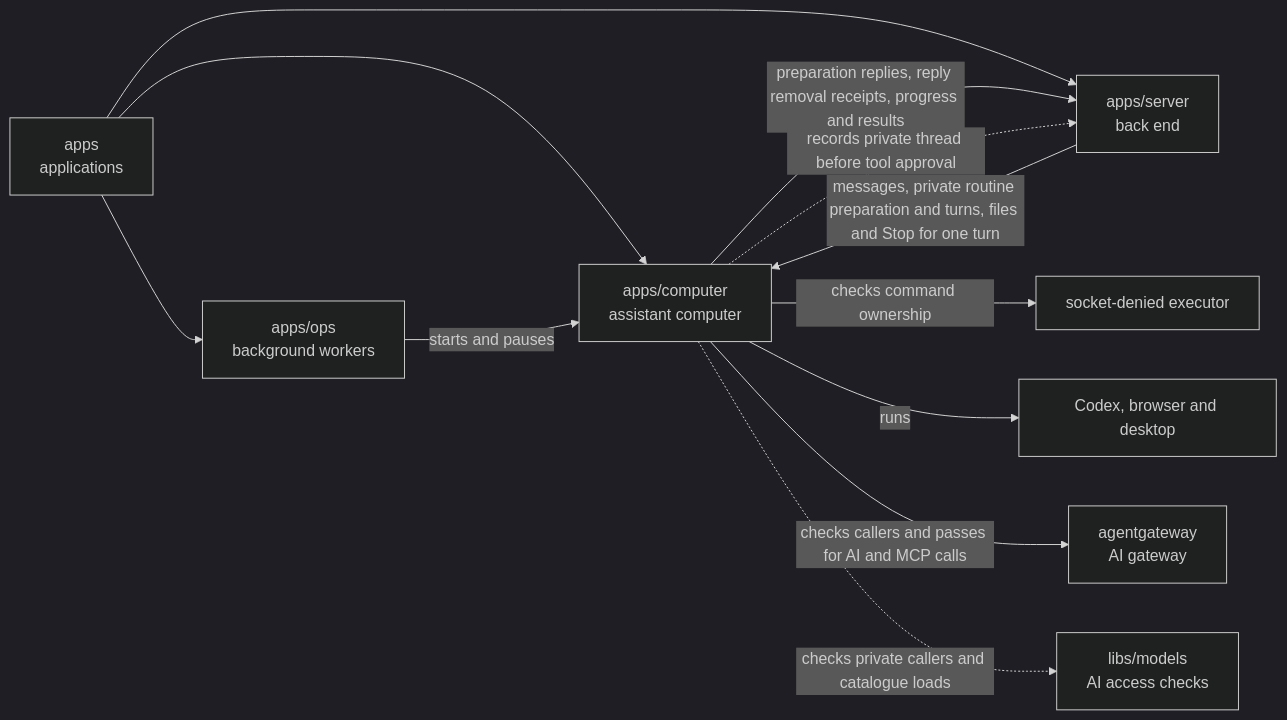
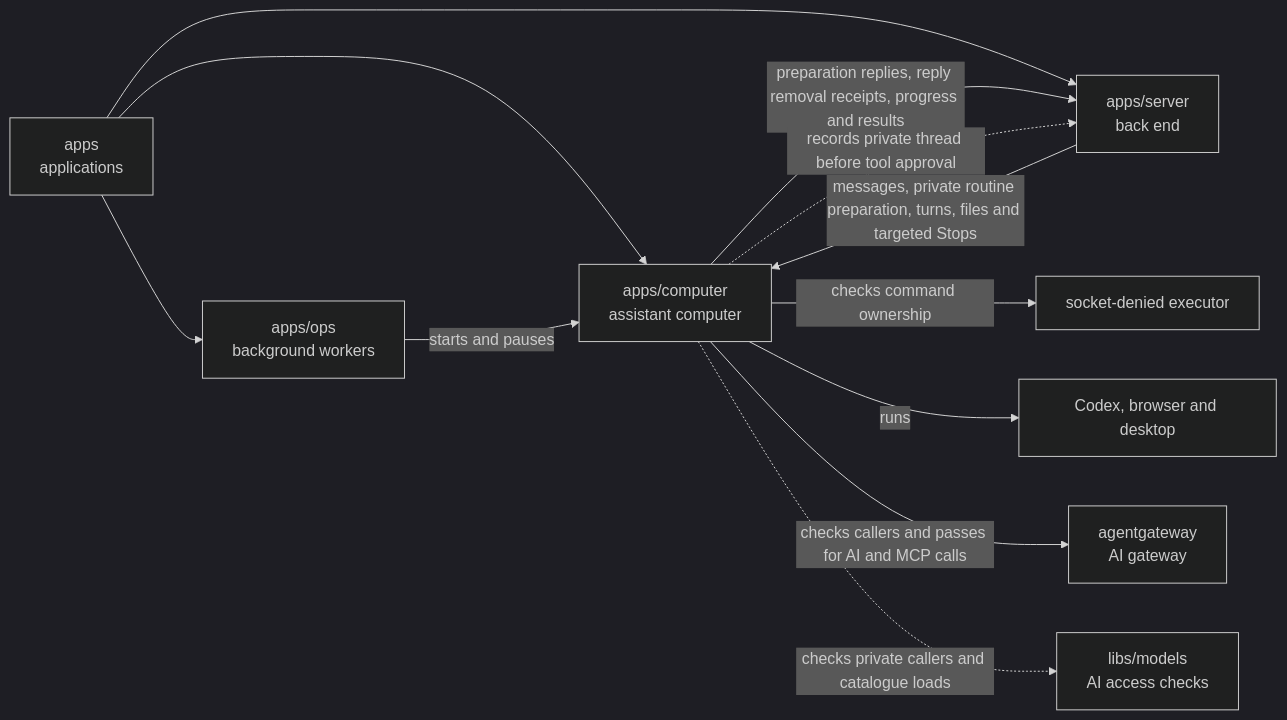
Before and after one commit to elewa-git/opencrane-new: the diagram in apps/computer/README.md, drawn with Mermaid (dark theme). The commit also changed other lines of this file and 12 other files, not shown here.

First line of the commit message:
🛑 A saved prohibition interrupts the exact private routine turn, even when evidence is slow (#792)

````diff
--- a/apps/computer/README.md
+++ b/apps/computer/README.md
@@ -16,14 +16,14 @@
 ```mermaid
 flowchart LR
   apps["apps<br/>applications"] --> computer["apps/computer<br/>assistant computer"]
   apps --> ops["apps/ops<br/>background workers"]
   apps --> server["apps/server<br/>back end"]
   ops -->|starts and pauses| computer
-  server -->|messages, private routine preparation and turns, files and Stop for one turn| computer
+  server -->|messages, private routine preparation, turns, files and targeted Stops| computer
   computer -->|preparation replies, reply removal receipts, progress and results| server
   computer -.->|records private thread before tool approval| server
   computer -->|checks command ownership| executor["socket-denied executor"]
   computer -->|runs| desktop["Codex, browser and desktop"]
   computer -->|checks callers and passes for AI and MCP calls| gateway["agentgateway<br/>AI gateway"]
   computer -.->|checks private callers and catalogue loads| models["libs/models<br/>AI access checks"]
 ```
````
